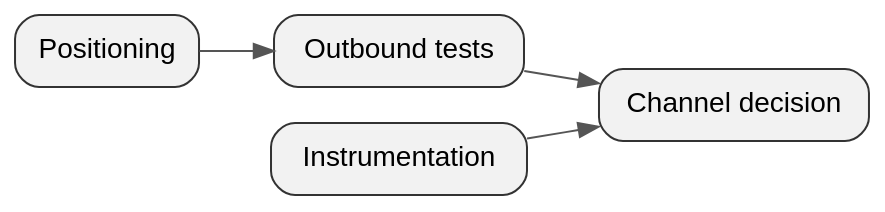
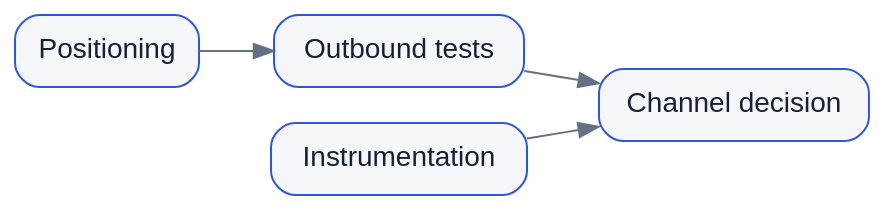
The diagram in skills/texlr-handoff/references/authoring.md (drdreo/texlr), drawn with Graphviz before and after one commit. The commit also changed other lines of this file and 6 other files, not shown here.

Commit message:
fix: restore accents for callouts and diagrams

````diff
--- a/skills/texlr-handoff/references/authoring.md
+++ b/skills/texlr-handoff/references/authoring.md
@@ -93,11 +93,11 @@
 ```dot
 digraph Dependencies {
   graph [rankdir=LR, bgcolor="transparent"];
-  node [shape=box, style="rounded,filled", fillcolor="#F2F2F2",
-        color="#333333", fontcolor="#000000", fontname="Helvetica"];
-  edge [color="#555555", fontcolor="#333333"];
+  node [shape=box, style="rounded,filled", fillcolor="#F5F7FB",
+        color="#3157D5", fontcolor="#172033", fontname="Helvetica"];
+  edge [color="#667085", fontcolor="#475569"];
   "Positioning" -> "Outbound tests";
   "Instrumentation" -> "Channel decision";
   "Outbound tests" -> "Channel decision";
 }
 ```
````
